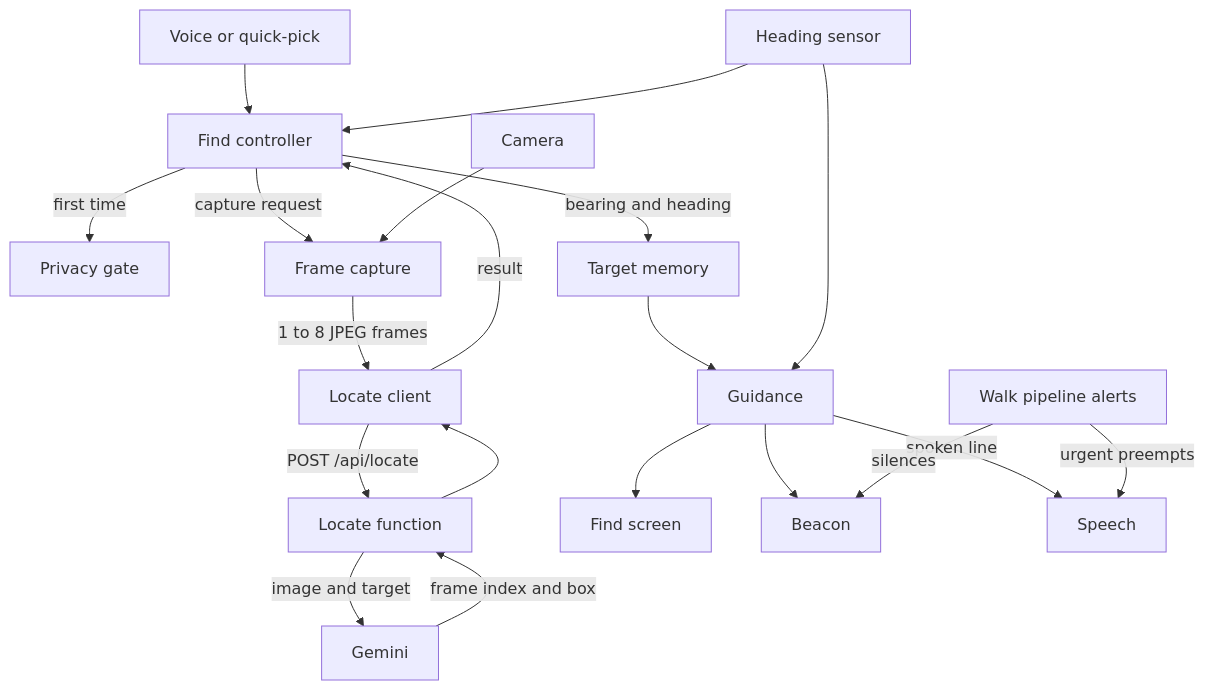
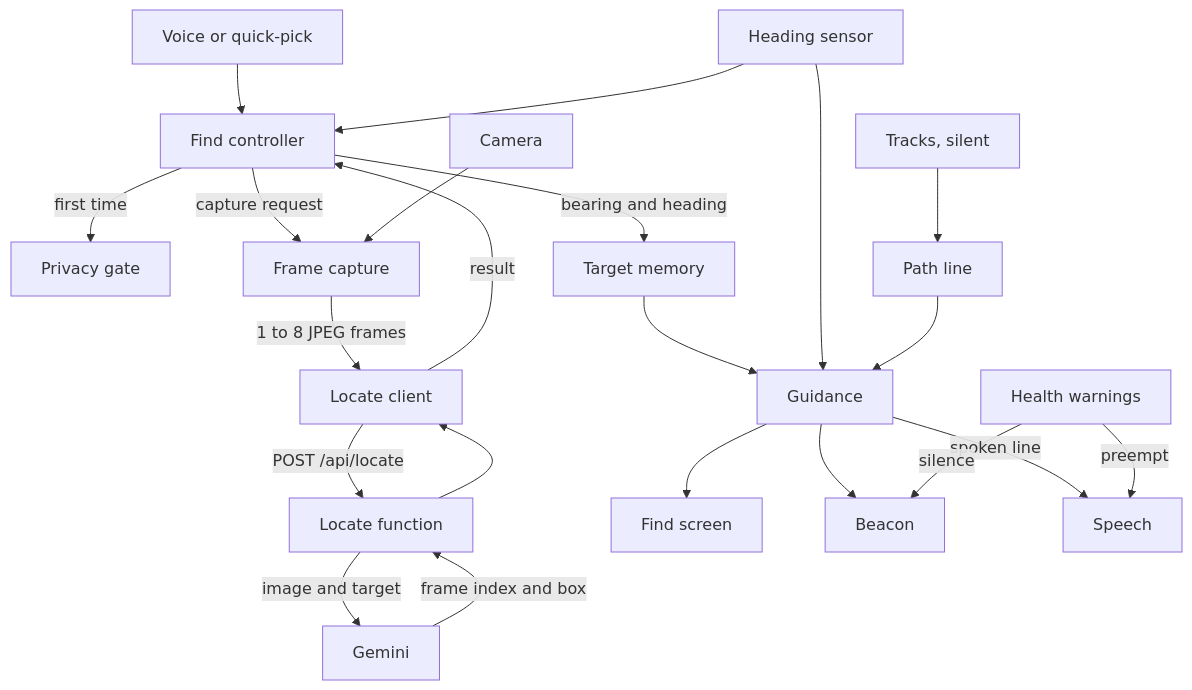
One commit to PyStarJosh/kenshi changed the second of 2 diagrams in docs/SDS.md. Above: the diagram before and after it, drawn with Mermaid. The commit also changed other lines of this file and 21 other files, not shown here.

First line of the commit message:
feat(p1): silent detector, remove Walk mode alerts

````diff
--- a/docs/SDS.md
+++ b/docs/SDS.md
@@ -419,22 +382,24 @@
 ```mermaid
 flowchart TD
   USR[Voice or quick-pick] --> CTL[Find controller]
   CTL -->|first time| PRV[Privacy gate]
   CTL -->|capture request| CAP[Frame capture]
   CAM[Camera] --> CAP
   CAP -->|1 to 8 JPEG frames| LOC[Locate client]
   LOC -->|POST /api/locate| FN[Locate function]
   FN -->|image and target| GEM[Gemini]
   GEM -->|frame index and box| FN
   FN --> LOC
   LOC -->|result| CTL
   HDG[Heading sensor] --> CTL
   CTL -->|bearing and heading| MEM[Target memory]
   MEM --> GUI[Guidance]
   HDG --> GUI
   GUI --> SCR[Find screen]
   GUI --> BEA[Beacon]
   GUI -->|spoken line| SPK[Speech]
-  WALK[Walk pipeline alerts] -->|urgent preempts| SPK
-  WALK -->|silences| BEA
+  HLT[Health warnings] -->|preempt| SPK
+  HLT -->|silence| BEA
+  TRK[Tracks, silent] --> PTH[Path line]
+  PTH --> GUI
 ```
````
